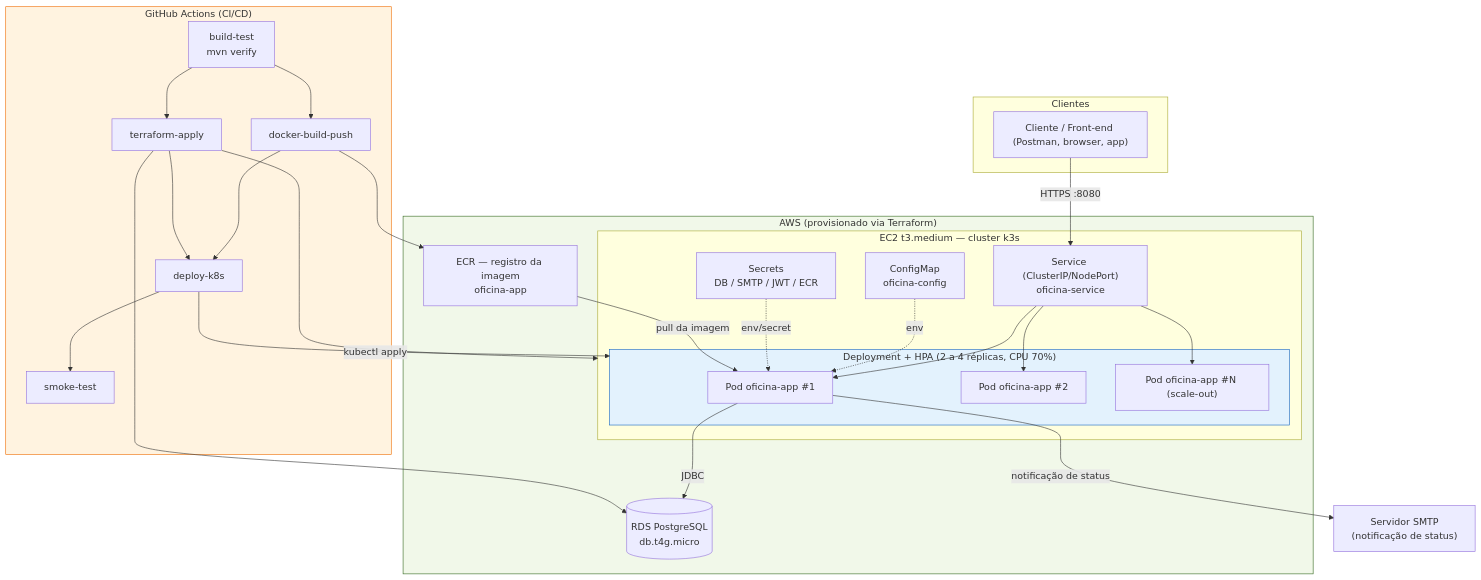
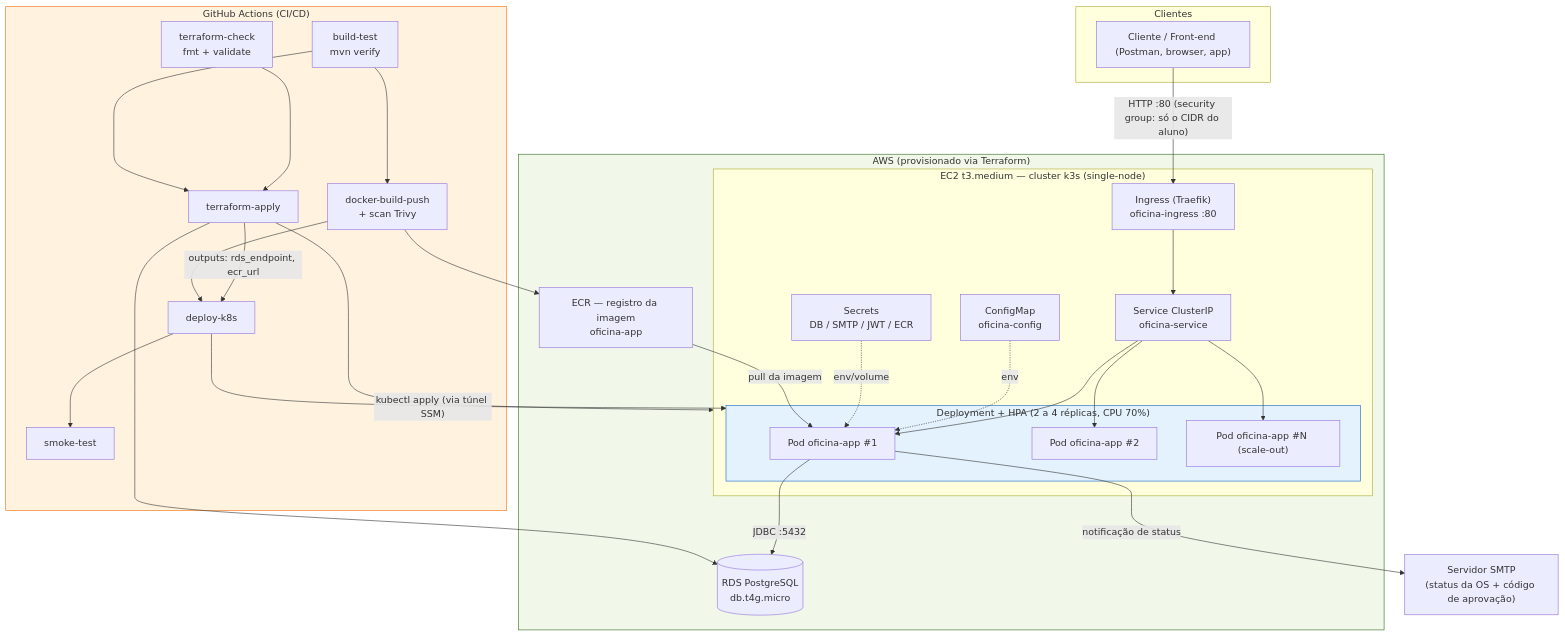
The diagram in oficina/README.md (victorduarte31/tech-challenge-fiap), drawn with Mermaid before and after one commit. The commit also changed other lines of this file and 99 other files, not shown here.

````diff
--- a/oficina/README.md
+++ b/oficina/README.md
@@ -391,53 +430,58 @@
 ```mermaid
 flowchart TB
     subgraph Client["Clientes"]
         Browser["Cliente / Front-end (Postman, browser, app)"]
     end
 
     subgraph AWS["AWS (provisionado via Terraform)"]
-        subgraph EC2["EC2 t3.medium — cluster k3s"]
-            SVC["Service (ClusterIP/NodePort)<br/>oficina-service"]
+        subgraph EC2["EC2 t3.medium — cluster k3s (single-node)"]
+            ING["Ingress (Traefik)<br/>oficina-ingress :80"]
+            SVC["Service ClusterIP<br/>oficina-service"]
             subgraph HPA["Deployment + HPA (2 a 4 réplicas, CPU 70%)"]
                 Pod1["Pod oficina-app #1"]
                 Pod2["Pod oficina-app #2"]
                 PodN["Pod oficina-app #N (scale-out)"]
             end
             CM["ConfigMap<br/>oficina-config"]
             SEC["Secrets<br/>DB / SMTP / JWT / ECR"]
         end
         RDS[("RDS PostgreSQL<br/>db.t4g.micro")]
         ECR["ECR — registro da imagem<br/>oficina-app"]
     end
 
     subgraph CICD["GitHub Actions (CI/CD)"]
         Build["build-test<br/>mvn verify"]
-        DockerJob["docker-build-push"]
+        TFCheck["terraform-check<br/>fmt + validate"]
+        DockerJob["docker-build-push<br/>+ scan Trivy"]
         TF["terraform-apply"]
         Deploy["deploy-k8s"]
         Smoke["smoke-test"]
     end
 
-    SMTP["Servidor SMTP<br/>(notificação de status)"]
+    SMTP["Servidor SMTP<br/>(status da OS + código de aprovação)"]
 
-    Browser -->|"HTTPS :8080"| SVC
+    Browser -->|"HTTP :80 (security group: só o CIDR do aluno)"| ING
+    ING --> SVC
     SVC --> Pod1
     SVC --> Pod2
     SVC --> PodN
     CM -.env.-> Pod1
-    SEC -.env/secret.-> Pod1
-    Pod1 -->|"JDBC"| RDS
+    SEC -.env/volume.-> Pod1
+    Pod1 -->|"JDBC :5432"| RDS
     Pod1 -->|"notificação de status"| SMTP
 
     Build --> DockerJob --> ECR
-    Build --> TF --> RDS
+    TFCheck --> TF
+    Build --> TF
+    TF -->|"outputs: rds_endpoint, ecr_url"| Deploy
+    TF --> RDS
     TF --> EC2
     DockerJob --> Deploy
-    TF --> Deploy
-    Deploy -->|"kubectl apply"| HPA
+    Deploy -->|"kubectl apply (via túnel SSM)"| HPA
     Deploy --> Smoke
     ECR -->|"pull da imagem"| Pod1
 
     style HPA fill:#E3F2FD,stroke:#1565C0
     style CICD fill:#FFF3E0,stroke:#EF6C00
     style AWS fill:#F1F8E9,stroke:#33691E
 ```
````
